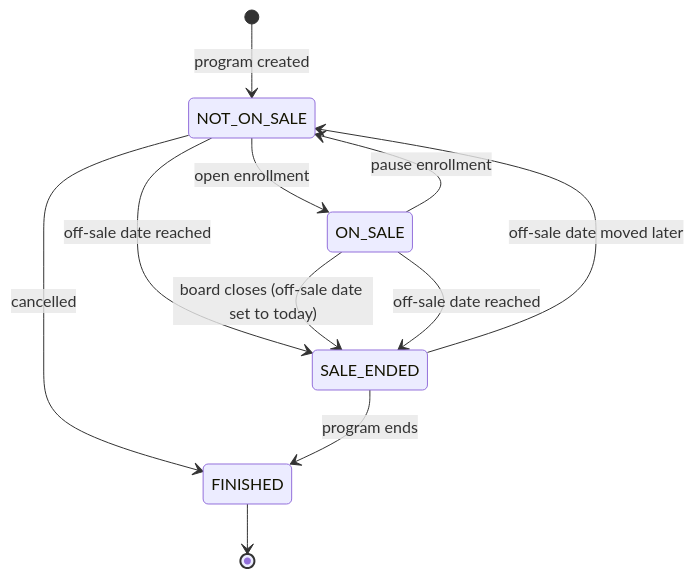
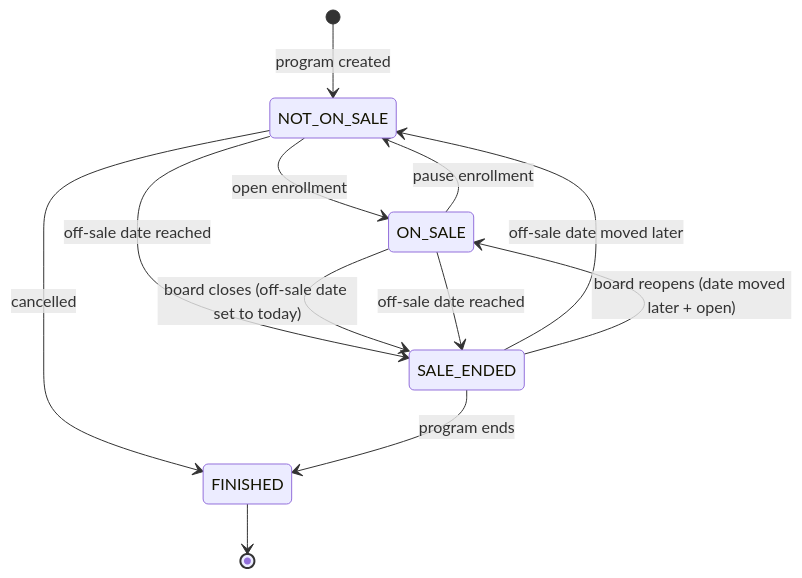
The diagram in checkin-app/docs/generated/lifecycle/program-sale.md (innovationtreehouse/apps.checkin), drawn with Mermaid before and after one commit. The commit also changed other lines of this file and 18 other files, not shown here.

First line of the commit message:
fix(programs): close claims on the off-sale date, board-only reopen, restock on re-arm

````diff
--- a/checkin-app/docs/generated/lifecycle/program-sale.md
+++ b/checkin-app/docs/generated/lifecycle/program-sale.md
@@ -12,13 +12,14 @@
 ```mermaid
 stateDiagram-v2
     NOT_ON_SALE --> FINISHED: cancelled
     NOT_ON_SALE --> ON_SALE: open enrollment
     NOT_ON_SALE --> SALE_ENDED: off-sale date reached
     ON_SALE --> NOT_ON_SALE: pause enrollment
     ON_SALE --> SALE_ENDED: board closes (off-sale date set to today)
     ON_SALE --> SALE_ENDED: off-sale date reached
     SALE_ENDED --> FINISHED: program ends
     SALE_ENDED --> NOT_ON_SALE: off-sale date moved later
+    SALE_ENDED --> ON_SALE: board reopens (date moved later + open)
     [*] --> NOT_ON_SALE: program created
     FINISHED --> [*]
 ```
````
